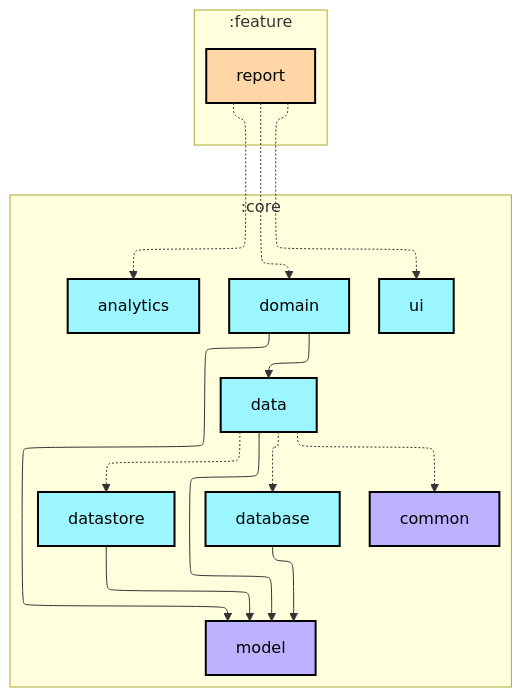
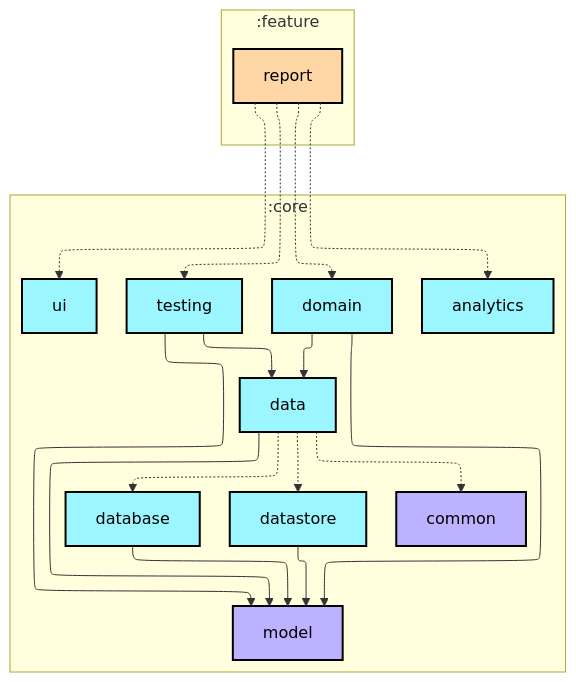
The first of 2 diagrams in feature/report/README.md (Sunior-k/walklog), drawn with Mermaid before and after one commit. The commit also changed other lines of this file and 46 other files, not shown here.

````diff
--- a/feature/report/README.md
+++ b/feature/report/README.md
@@ -17,43 +17,47 @@
 ```mermaid
 ---
 config:
   layout: elk
   elk:
     nodePlacementStrategy: SIMPLE
 ---
 graph TB
   subgraph :feature
     direction TB
     :feature:report[report]:::android-feature
   end
 
   subgraph :core
     direction TB
     :core:domain[domain]:::android-library
     :core:data[data]:::android-library
     :core:database[database]:::android-library
     :core:datastore[datastore]:::android-library
     :core:common[common]:::jvm-library
     :core:model[model]:::jvm-library
     :core:analytics[analytics]:::android-library
+    :core:testing[testing]:::android-library
     :core:ui[ui]:::android-library
   end
 
   :feature:report -.-> :core:domain
   :feature:report -.-> :core:analytics
+  :feature:report -.-> :core:testing
   :feature:report -.-> :core:ui
   :core:domain --> :core:data
   :core:domain --> :core:model
   :core:data --> :core:model
   :core:data -.-> :core:database
   :core:data -.-> :core:datastore
   :core:data -.-> :core:common
   :core:database --> :core:model
   :core:datastore --> :core:model
+  :core:testing --> :core:data
+  :core:testing --> :core:model
 
 classDef android-application fill:#CAFFBF,stroke:#000,stroke-width:2px,color:#000;
 classDef android-feature fill:#FFD6A5,stroke:#000,stroke-width:2px,color:#000;
 classDef android-library fill:#9BF6FF,stroke:#000,stroke-width:2px,color:#000;
 classDef android-test fill:#A0C4FF,stroke:#000,stroke-width:2px,color:#000;
 classDef jvm-library fill:#BDB2FF,stroke:#000,stroke-width:2px,color:#000;
 ```
````
